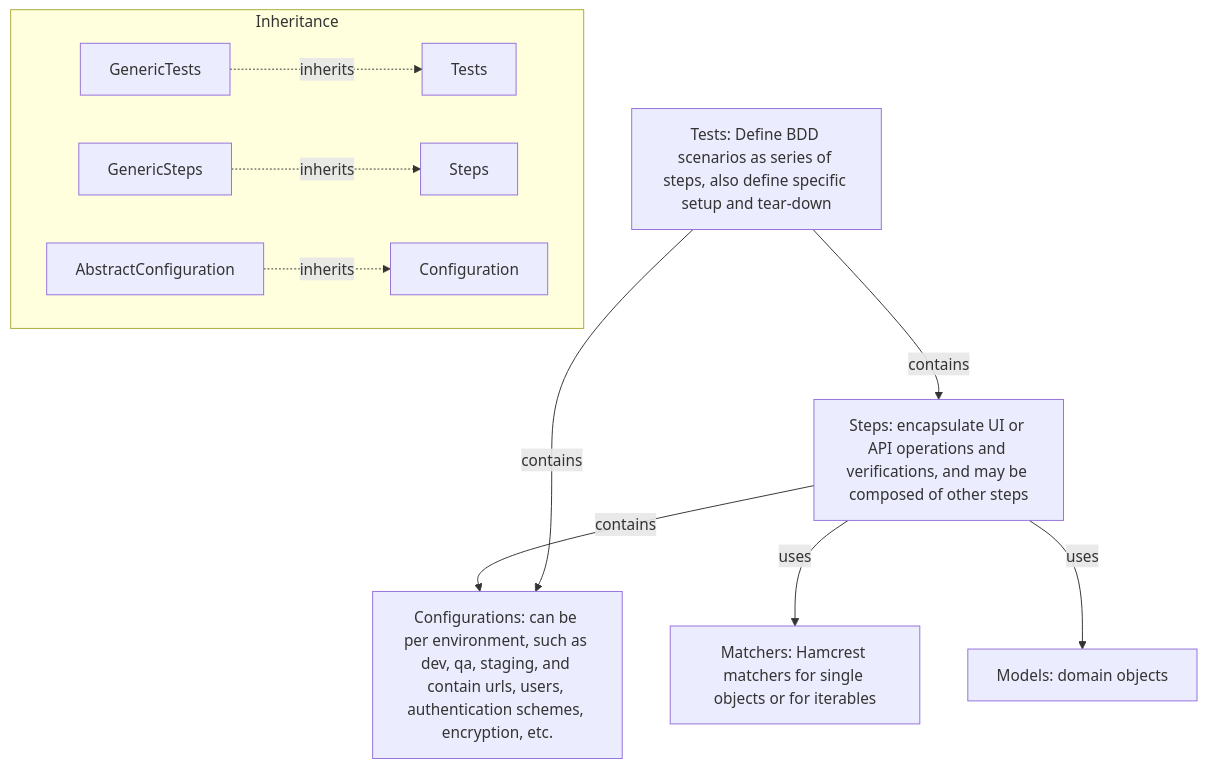
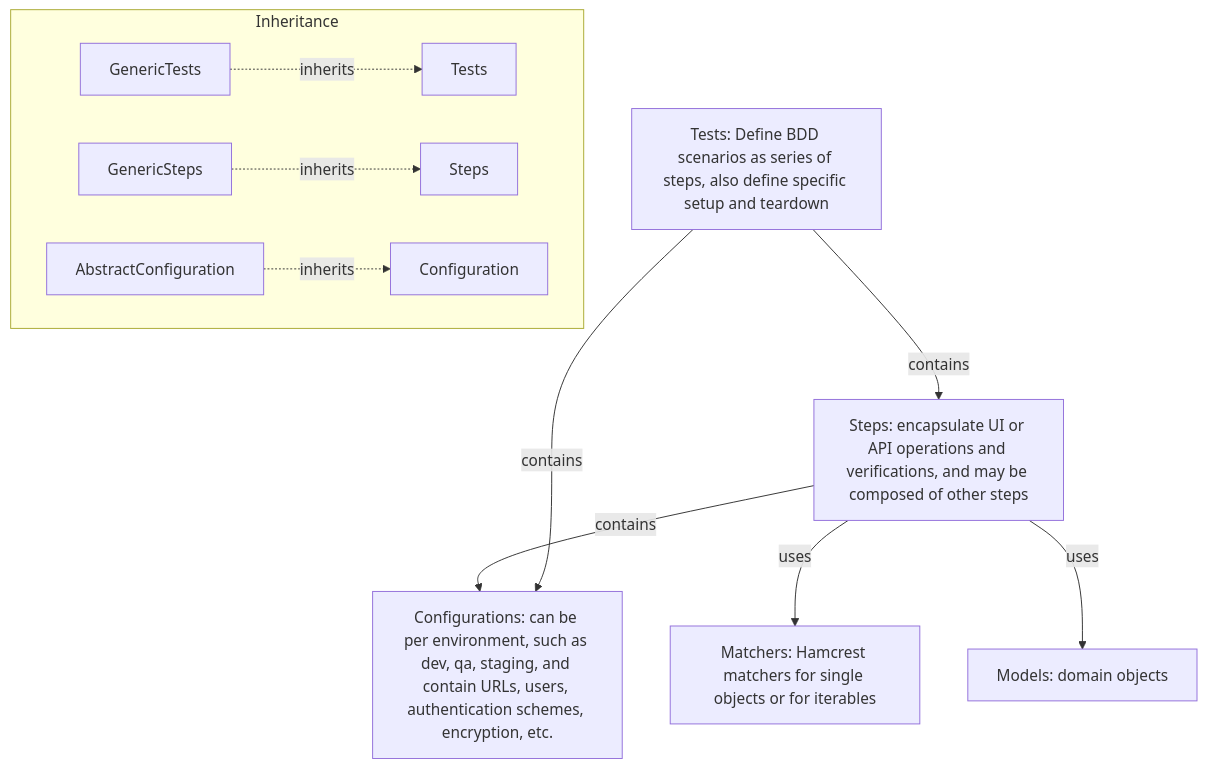
One commit to QA-Automation-Starter/qa-automation-python changed the first of 2 diagrams in README.md. Above: the diagram before and after it, drawn with Mermaid. The commit also changed other lines of this file and 10 other files, not shown here.

````diff
--- a/README.md
+++ b/README.md
@@ -37,14 +66,14 @@
 ```mermaid
 flowchart TD
-    A[Tests: Define BDD scenarios as series of steps, also define specific setup and tear-down] --> |contains| B[Steps: encapsulate UI or API operations and verifications, and may be composed of other steps]
-    B --> |contains| C[Configurations: can be per environment, such as dev, qa, staging, and contain urls, users, authentication schemes, encryption, etc.]
+    A[Tests: Define BDD scenarios as series of steps, also define specific setup and teardown] --> |contains| B[Steps: encapsulate UI or API operations and verifications, and may be composed of other steps]
+    B --> |contains| C[Configurations: can be per environment, such as dev, qa, staging, and contain URLs, users, authentication schemes, encryption, etc.]
     B --> |uses| D[Matchers: Hamcrest matchers for single objects or for iterables]
     A --> |contains| C
     B --> |uses| E[Models: domain objects]
 
     subgraph Inheritance
         A1[GenericTests] -.-> |inherits| A2[Tests]
         B1[GenericSteps] -.-> |inherits| B2[Steps]
         C1[AbstractConfiguration] -.-> |inherits| C2[Configuration]
     end
 ```
````
